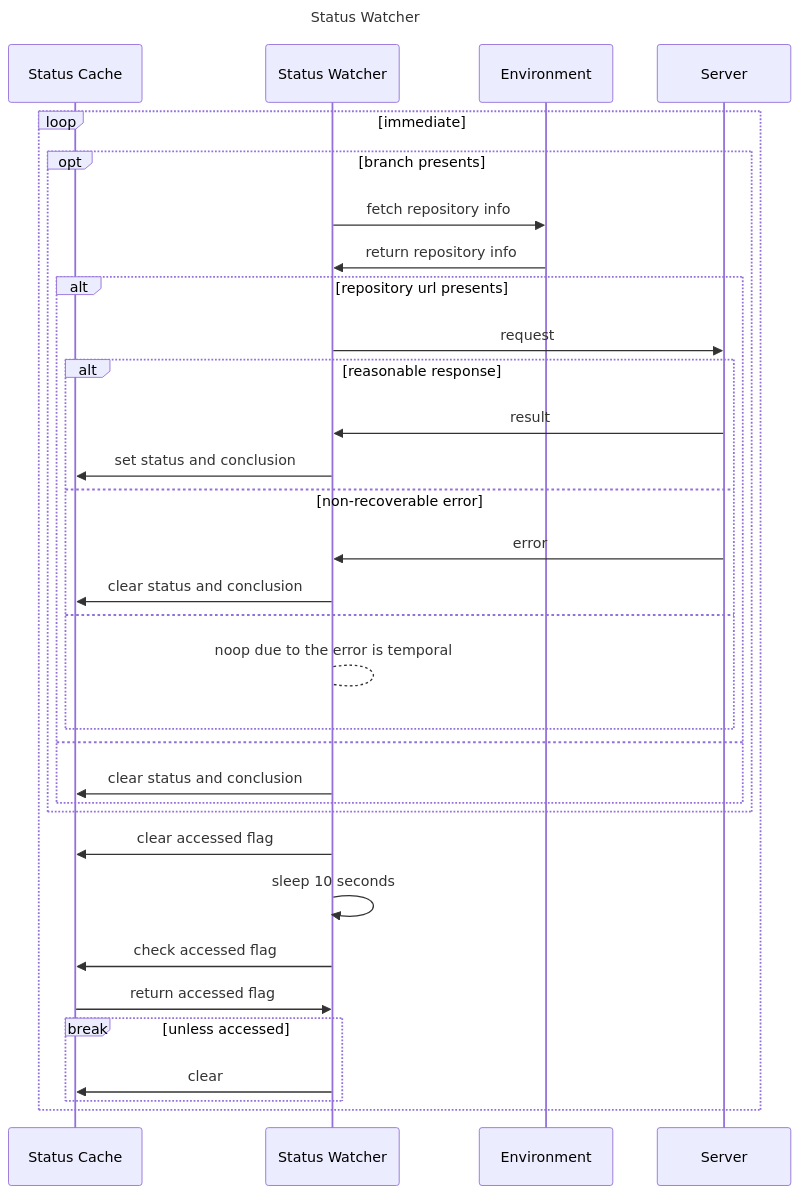
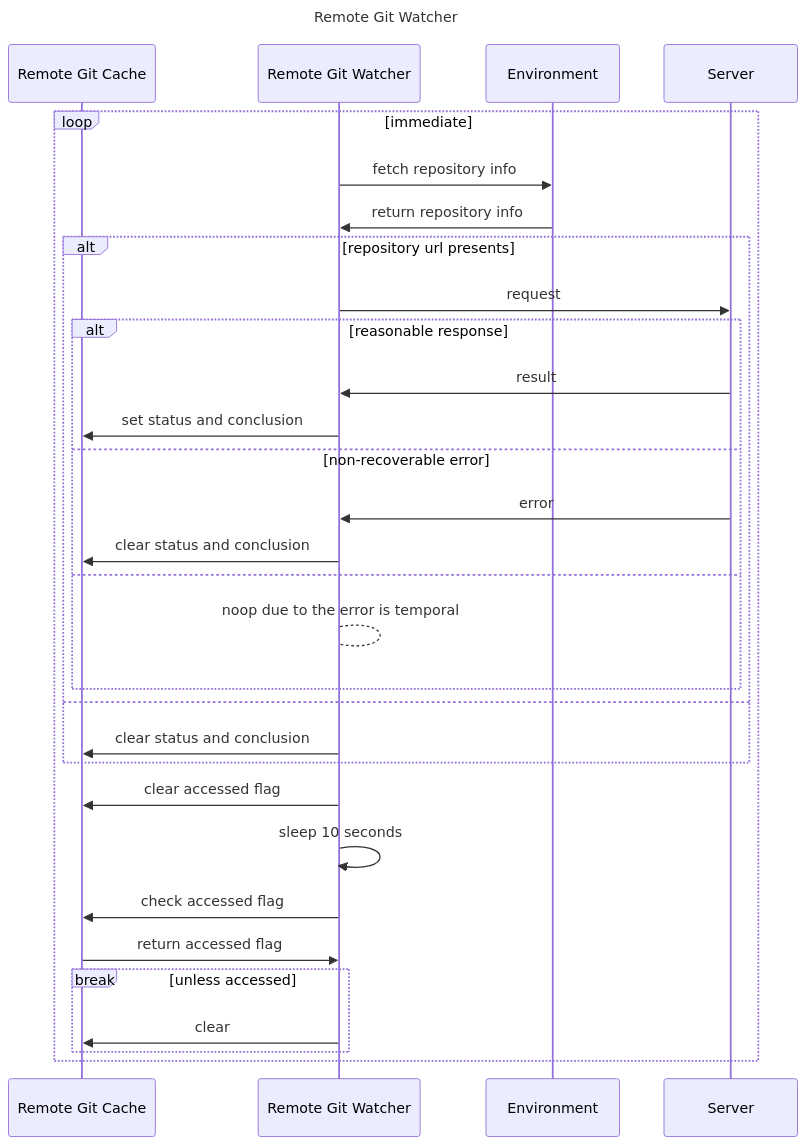
Before and after one commit to gitusp/gh-run-status.nvim: the third of 3 diagrams in doc/sequence.md, drawn with Mermaid. The commit also changed other lines of this file, not shown here.

Commit message:
Update sequence

````diff
--- a/doc/sequence.md
+++ b/doc/sequence.md
@@ -60,37 +63,35 @@
 ```mermaid
 ---
-title: Status Watcher
+title: Remote Git Watcher
 ---
 sequenceDiagram
-    participant Status Cache
-    participant Status Watcher
+    participant Remote Git Cache
+    participant Remote Git Watcher
     participant Environment
     participant Server
     loop immediate
-        opt branch presents
-            Status Watcher->>Environment: fetch repository info
-            Environment->>Status Watcher: return repository info
-            alt repository url presents
-                Status Watcher->>Server: request
-                alt reasonable response
-                    Server->>Status Watcher: result
-                    Status Watcher->>Status Cache: set status and conclusion
-                else non-recoverable error
-                    Server->>Status Watcher: error
-                    Status Watcher->>Status Cache: clear status and conclusion
-                else
-                    Status Watcher-->Status Watcher: noop due to the error is temporal
-                end
+        Remote Git Watcher->>Environment: fetch repository info
+        Environment->>Remote Git Watcher: return repository info
+        alt repository url presents
+            Remote Git Watcher->>Server: request
+            alt reasonable response
+                Server->>Remote Git Watcher: result
+                Remote Git Watcher->>Remote Git Cache: set status and conclusion
+            else non-recoverable error
+                Server->>Remote Git Watcher: error
+                Remote Git Watcher->>Remote Git Cache: clear status and conclusion
             else
-                Status Watcher->>Status Cache: clear status and conclusion
+                Remote Git Watcher-->Remote Git Watcher: noop due to the error is temporal
             end
+        else
+            Remote Git Watcher->>Remote Git Cache: clear status and conclusion
         end
-        Status Watcher->>Status Cache: clear accessed flag
-        Status Watcher->>Status Watcher: sleep 10 seconds
-        Status Watcher->>Status Cache: check accessed flag
-        Status Cache->>Status Watcher: return accessed flag
+        Remote Git Watcher->>Remote Git Cache: clear accessed flag
+        Remote Git Watcher->>Remote Git Watcher: sleep 10 seconds
+        Remote Git Watcher->>Remote Git Cache: check accessed flag
+        Remote Git Cache->>Remote Git Watcher: return accessed flag
         break unless accessed
-            Status Watcher->>Status Cache: clear
+            Remote Git Watcher->>Remote Git Cache: clear
         end
     end
 ```
````
